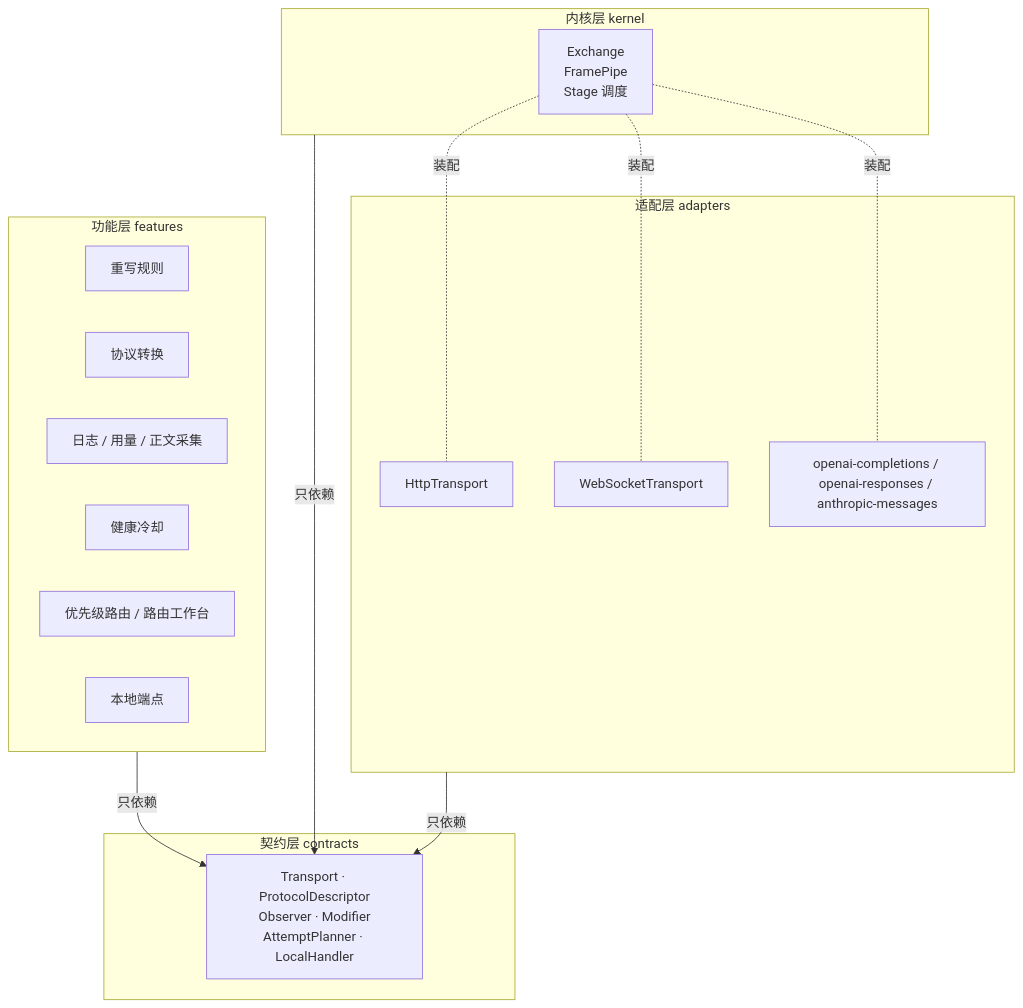
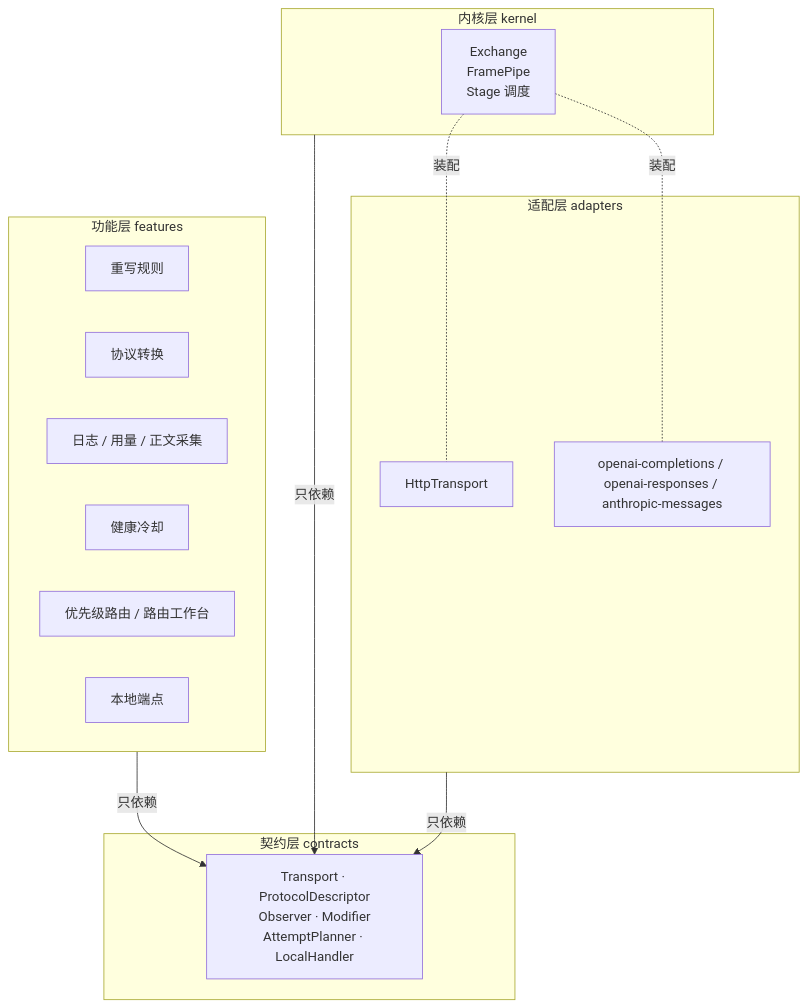
One commit to yinxulai/one-switch changed the first of 2 diagrams in product/proxy-engine.md. Above: the diagram before and after it, drawn with Mermaid. The commit also changed other lines of this file and 128 other files, not shown here.

````diff
--- a/product/proxy-engine.md
+++ b/product/proxy-engine.md
@@ -129,28 +128,26 @@
 ```mermaid
 flowchart TD
   subgraph L4[功能层 features]
     F1[重写规则]
     F2[协议转换]
     F3[日志 / 用量 / 正文采集]
     F4[健康冷却]
     F5[优先级路由 / 路由工作台]
     F6[本地端点]
   end
   subgraph L3[内核层 kernel]
     K[Exchange<br/>FramePipe<br/>Stage 调度]
   end
   subgraph L2[契约层 contracts]
     C[Transport · ProtocolDescriptor<br/>Observer · Modifier<br/>AttemptPlanner · LocalHandler]
   end
   subgraph L1[适配层 adapters]
     A1[HttpTransport]
-    A2[WebSocketTransport]
     A3[openai-completions / openai-responses / anthropic-messages]
   end
   L4 -->|只依赖| C
   L3 -->|只依赖| C
   L1 -->|只依赖| C
   K -.装配.- A3
   K -.装配.- A1
-  K -.装配.- A2
 ```
````
